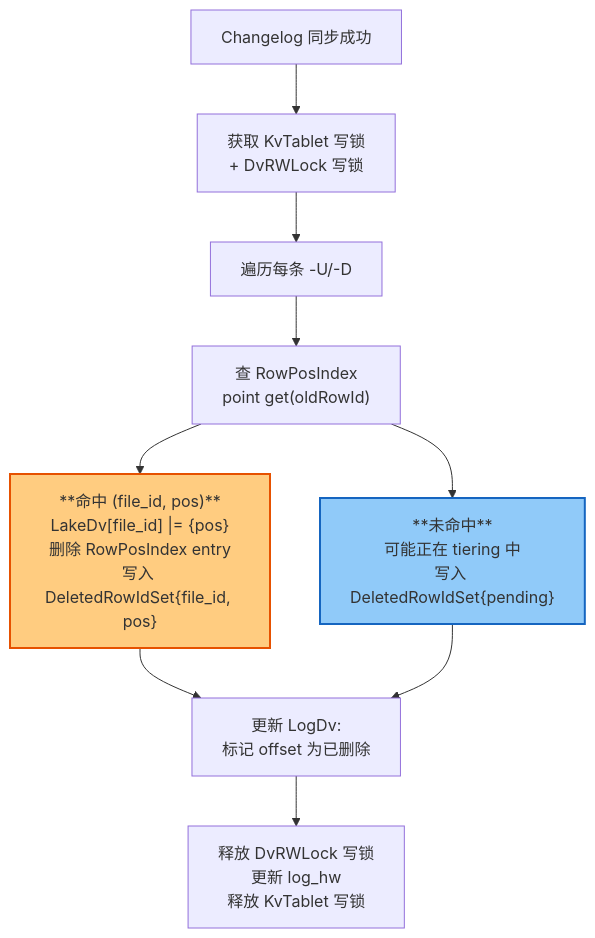
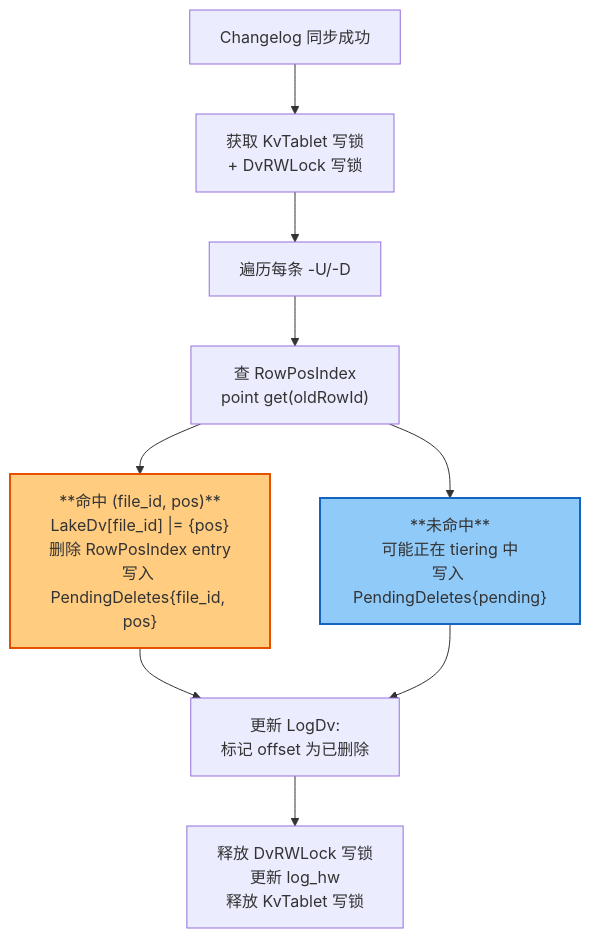
Before and after one commit to luoyuxia/fluss: diagram 13 of 28 in design-doc/fluss-deletion-vector-overview-v2.md, drawn with Mermaid. The commit also changed other lines of this file and 1 other file, not shown here.

````diff
--- a/design-doc/fluss-deletion-vector-overview-v2.md
+++ b/design-doc/fluss-deletion-vector-overview-v2.md
@@ -296,18 +294,18 @@
 ```mermaid
 flowchart TD
     Start["Changelog 同步成功"] --> Lock["获取 KvTablet 写锁<br/>+ DvRWLock 写锁"]
 
     Lock --> ForEach["遍历每条 -U/-D"]
     ForEach --> Query["查 RowPosIndex<br/>point get(oldRowId)"]
 
-    Query --> Hit["**命中 (file_id, pos)**<br/>LakeDv[file_id] |= {pos}<br/>删除 RowPosIndex entry<br/>写入 DeletedRowIdSet{file_id, pos}"]
-    Query --> Miss["**未命中**<br/>可能正在 tiering 中<br/>写入 DeletedRowIdSet{pending}"]
+    Query --> Hit["**命中 (file_id, pos)**<br/>LakeDv[file_id] |= {pos}<br/>删除 RowPosIndex entry<br/>写入 PendingDeletes{file_id, pos}"]
+    Query --> Miss["**未命中**<br/>可能正在 tiering 中<br/>写入 PendingDeletes{pending}"]
 
     Hit --> LogDv["更新 LogDv:<br/>标记 offset 为已删除"]
     Miss --> LogDv
 
     LogDv --> Unlock["释放 DvRWLock 写锁<br/>更新 log_hw<br/>释放 KvTablet 写锁"]
 
     style Hit fill:#ffcc80,stroke:#e65100,stroke-width:2px,color:#333
     style Miss fill:#90caf9,stroke:#1565c0,stroke-width:2px,color:#333
 ```
````
